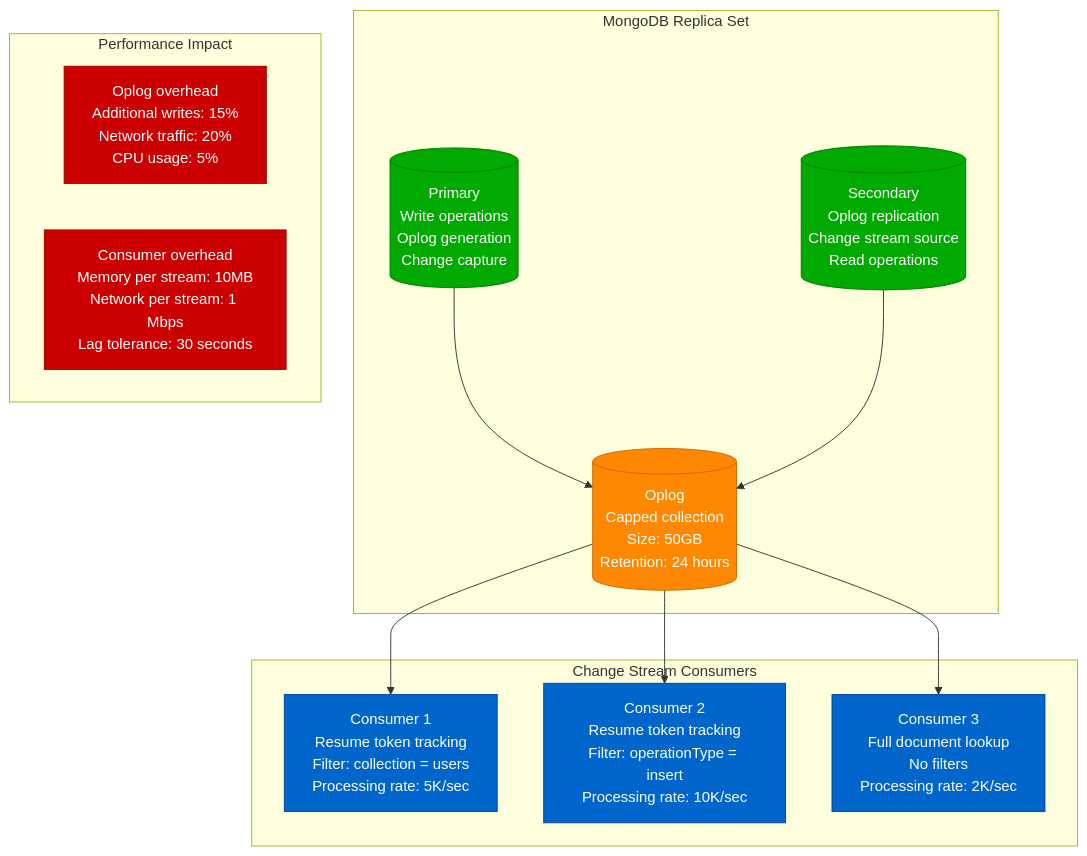
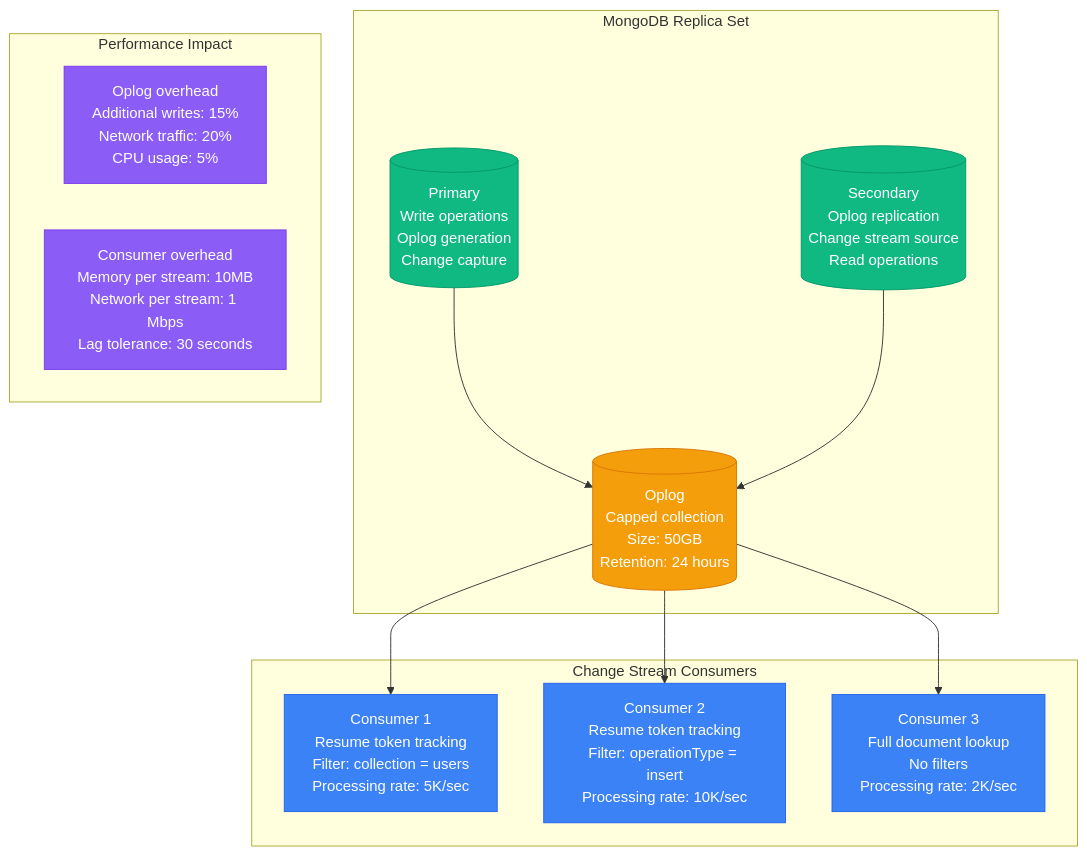
The eighth of 14 diagrams in site/docs/performance/mongodb-performance-profile.md (deepaucksharma/DS), drawn with Mermaid before and after one commit. The commit also changed other lines of this file and 303 other files, not shown here.

````diff
--- a/site/docs/performance/mongodb-performance-profile.md
+++ b/site/docs/performance/mongodb-performance-profile.md
@@ -273,41 +273,41 @@
 ```mermaid
 graph TB
     subgraph "MongoDB Replica Set"
         PRIMARY[(Primary<br/>Write operations<br/>Oplog generation<br/>Change capture)]
 
         SECONDARY[(Secondary<br/>Oplog replication<br/>Change stream source<br/>Read operations)]
 
         OPLOG[(Oplog<br/>Capped collection<br/>Size: 50GB<br/>Retention: 24 hours)]
 
         PRIMARY --> OPLOG
         SECONDARY --> OPLOG
     end
 
     subgraph "Change Stream Consumers"
         CS1[Consumer 1<br/>Resume token tracking<br/>Filter: collection = users<br/>Processing rate: 5K/sec]
 
         CS2[Consumer 2<br/>Resume token tracking<br/>Filter: operationType = insert<br/>Processing rate: 10K/sec]
 
         CS3[Consumer 3<br/>Full document lookup<br/>No filters<br/>Processing rate: 2K/sec]
 
         OPLOG --> CS1
         OPLOG --> CS2
         OPLOG --> CS3
     end
 
     subgraph "Performance Impact"
         P1[Oplog overhead<br/>Additional writes: 15%<br/>Network traffic: 20%<br/>CPU usage: 5%]
 
         P2[Consumer overhead<br/>Memory per stream: 10MB<br/>Network per stream: 1 Mbps<br/>Lag tolerance: 30 seconds]
     end
 
-    classDef mongoStyle fill:#00AA00,stroke:#007700,color:#fff
-    classDef oplogStyle fill:#FF8800,stroke:#CC6600,color:#fff
-    classDef consumerStyle fill:#0066CC,stroke:#004499,color:#fff
-    classDef perfStyle fill:#CC0000,stroke:#990000,color:#fff
+    classDef mongoStyle fill:#10B981,stroke:#059669,color:#fff
+    classDef oplogStyle fill:#F59E0B,stroke:#D97706,color:#fff
+    classDef consumerStyle fill:#3B82F6,stroke:#2563EB,color:#fff
+    classDef perfStyle fill:#8B5CF6,stroke:#7C3AED,color:#fff
 
     class PRIMARY,SECONDARY mongoStyle
     class OPLOG oplogStyle
     class CS1,CS2,CS3 consumerStyle
     class P1,P2 perfStyle
 ```
````
